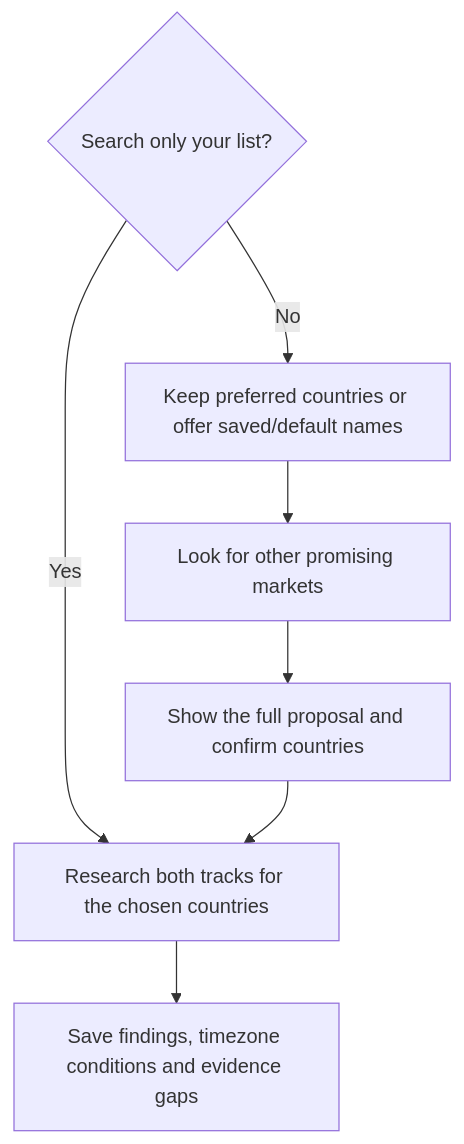
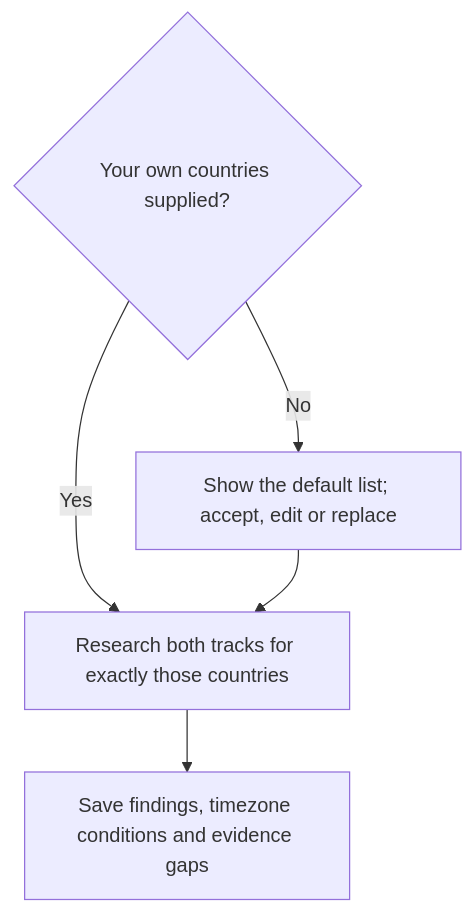
The diagram in docs/commands/country-finder/step2-country-discovery.md (myowinthein/agent-compass), drawn with Mermaid before and after one commit. The commit also changed other lines of this file and 16 other files, not shown here.

````diff
--- a/docs/commands/country-finder/step2-country-discovery.md
+++ b/docs/commands/country-finder/step2-country-discovery.md
@@ -19,9 +19,7 @@
 ```mermaid
 flowchart TD
-  Scope{"Search only your list?"} -->|Yes| Research["Research both tracks for the chosen countries"]
-  Scope -->|No| Start["Keep preferred countries or offer saved/default names"]
-  Start --> Discover["Look for other promising markets"]
-  Discover --> Offer["Show the full proposal and confirm countries"]
+  Scope{"Your own countries supplied?"} -->|Yes| Research["Research both tracks for exactly those countries"]
+  Scope -->|No| Offer["Show the default list; accept, edit or replace"]
   Offer --> Research
   Research --> Save["Save findings, timezone conditions and evidence gaps"]
 ```
````
